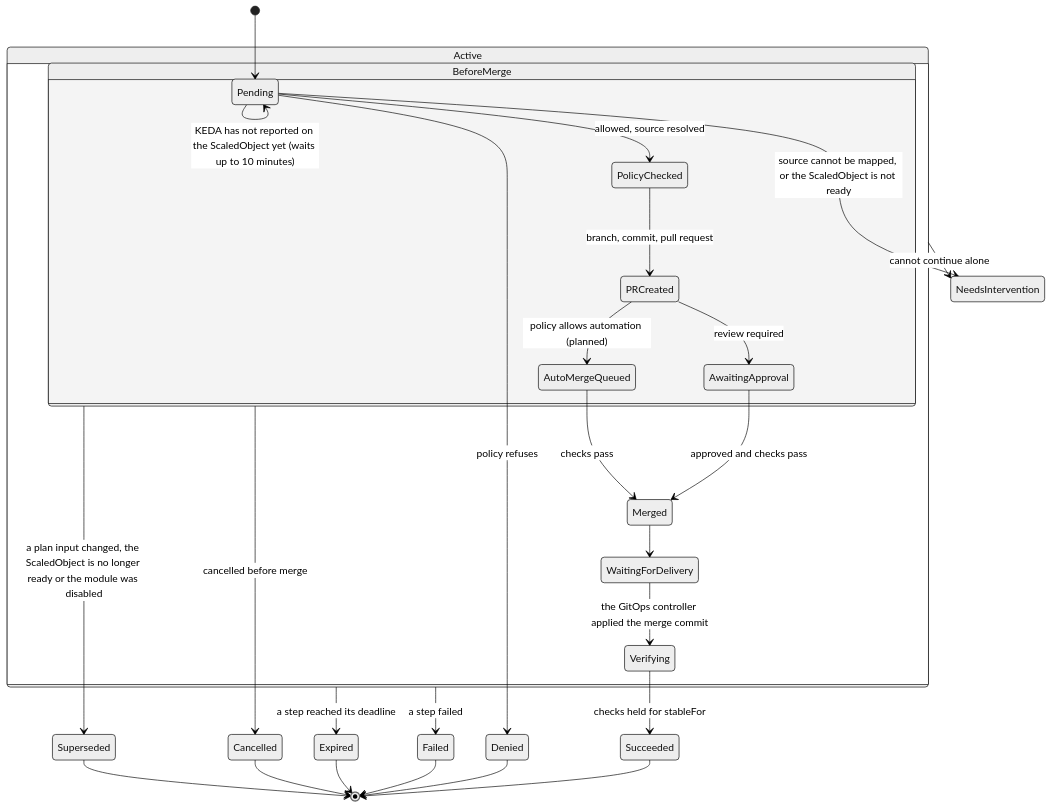
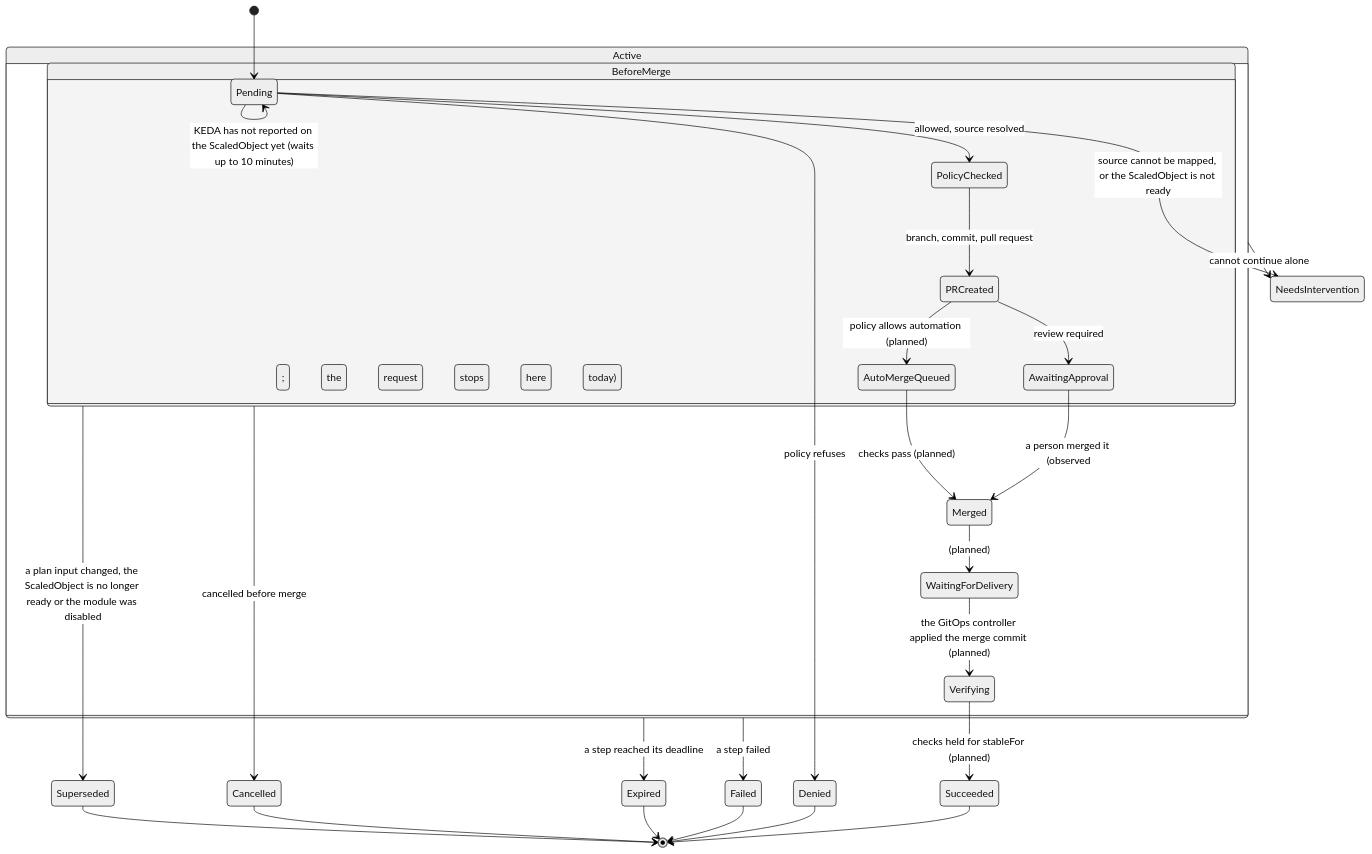
Before and after one commit to pkalin/shadewright: the third of 5 diagrams in docs/design.md, drawn with Mermaid (neutral theme). The commit also changed other lines of this file and 11 other files, not shown here.

````diff
--- a/docs/design.md
+++ b/docs/design.md
@@ -501,31 +501,31 @@
 ```mermaid
 stateDiagram-v2
     [*] --> Pending
     state Active {
         state BeforeMerge {
             Pending --> PolicyChecked: allowed, source resolved
             PolicyChecked --> PRCreated: branch, commit, pull request
             PRCreated --> AwaitingApproval: review required
             PRCreated --> AutoMergeQueued: policy allows automation (planned)
-            AwaitingApproval --> Merged: approved and checks pass
-            AutoMergeQueued --> Merged: checks pass
+            AwaitingApproval --> Merged: a person merged it (observed; the request stops here today)
+            AutoMergeQueued --> Merged: checks pass (planned)
         }
-        Merged --> WaitingForDelivery
-        WaitingForDelivery --> Verifying: the GitOps controller applied the merge commit
+        Merged --> WaitingForDelivery: (planned)
+        WaitingForDelivery --> Verifying: the GitOps controller applied the merge commit (planned)
     }
     Pending --> Denied: policy refuses
     Pending --> NeedsIntervention: source cannot be mapped, or the ScaledObject is not ready
     Pending --> Pending: KEDA has not reported on the ScaledObject yet (waits up to 10 minutes)
-    Verifying --> Succeeded: checks held for stableFor
+    Verifying --> Succeeded: checks held for stableFor (planned)
     BeforeMerge --> Cancelled: cancelled before merge
     BeforeMerge --> Superseded: a plan input changed, the ScaledObject is no longer ready or the module was disabled
     Active --> Expired: a step reached its deadline
     Active --> Failed: a step failed
     Active --> NeedsIntervention: cannot continue alone
     Succeeded --> [*]
     Denied --> [*]
     Failed --> [*]
     Expired --> [*]
     Cancelled --> [*]
     Superseded --> [*]
 ```
````
